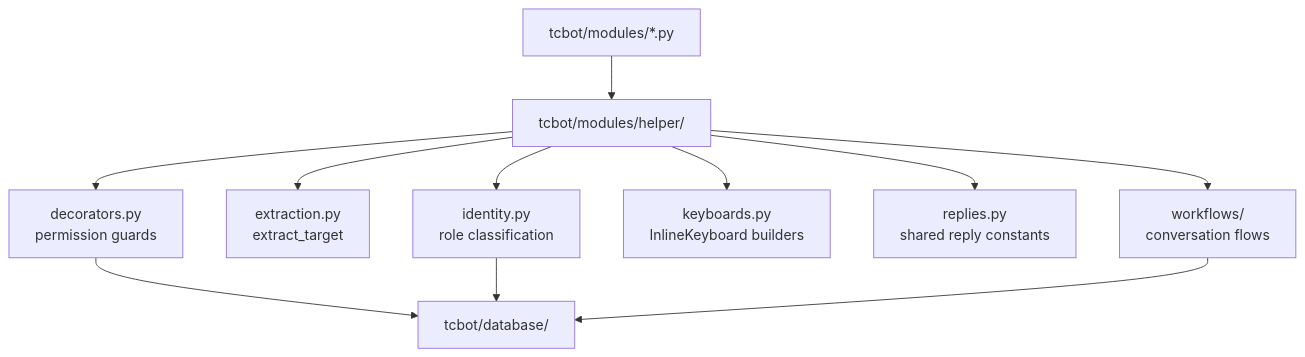
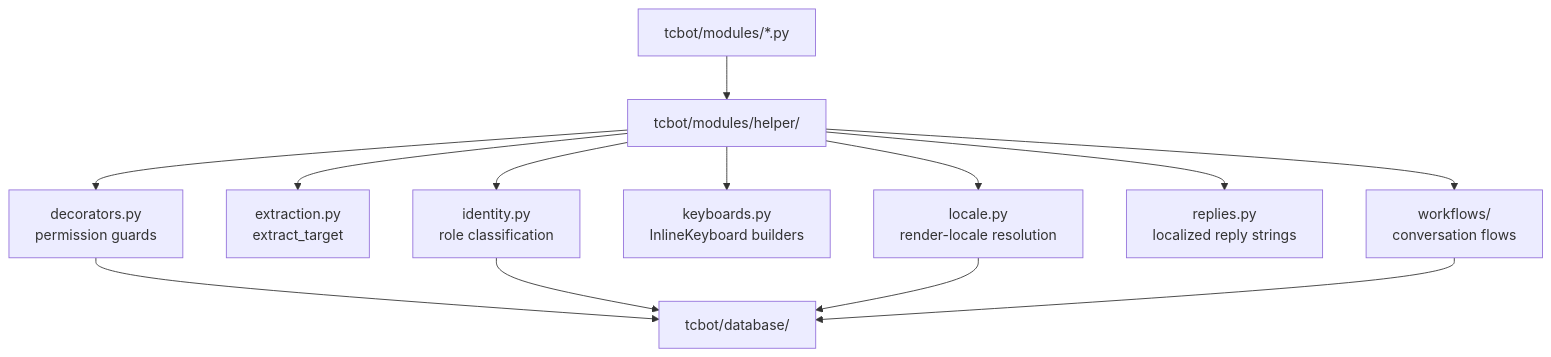
One commit to D1ZZY4/tcbot changed the diagram in docs/architecture/helpers.md. Above: the diagram before and after it, drawn with Mermaid. The commit also changed other lines of this file and 25 other files, not shown here.

````diff
--- a/docs/architecture/helpers.md
+++ b/docs/architecture/helpers.md
@@ -9,13 +9,15 @@
 ```mermaid
 flowchart TD
     Modules[tcbot/modules/*.py] --> Helper[tcbot/modules/helper/]
     Helper --> Decorators[decorators.py<br/>permission guards]
     Helper --> Extraction[extraction.py<br/>extract_target]
     Helper --> Identity[identity.py<br/>role classification]
     Helper --> Keyboards[keyboards.py<br/>InlineKeyboard builders]
-    Helper --> Replies[replies.py<br/>shared reply constants]
+    Helper --> Locale[locale.py<br/>render-locale resolution]
+    Helper --> Replies[replies.py<br/>localized reply strings]
     Helper --> Workflows[workflows/<br/>conversation flows]
     Decorators --> DB[tcbot/database/]
     Identity --> DB
+    Locale --> DB
     Workflows --> DB
 ```
````
